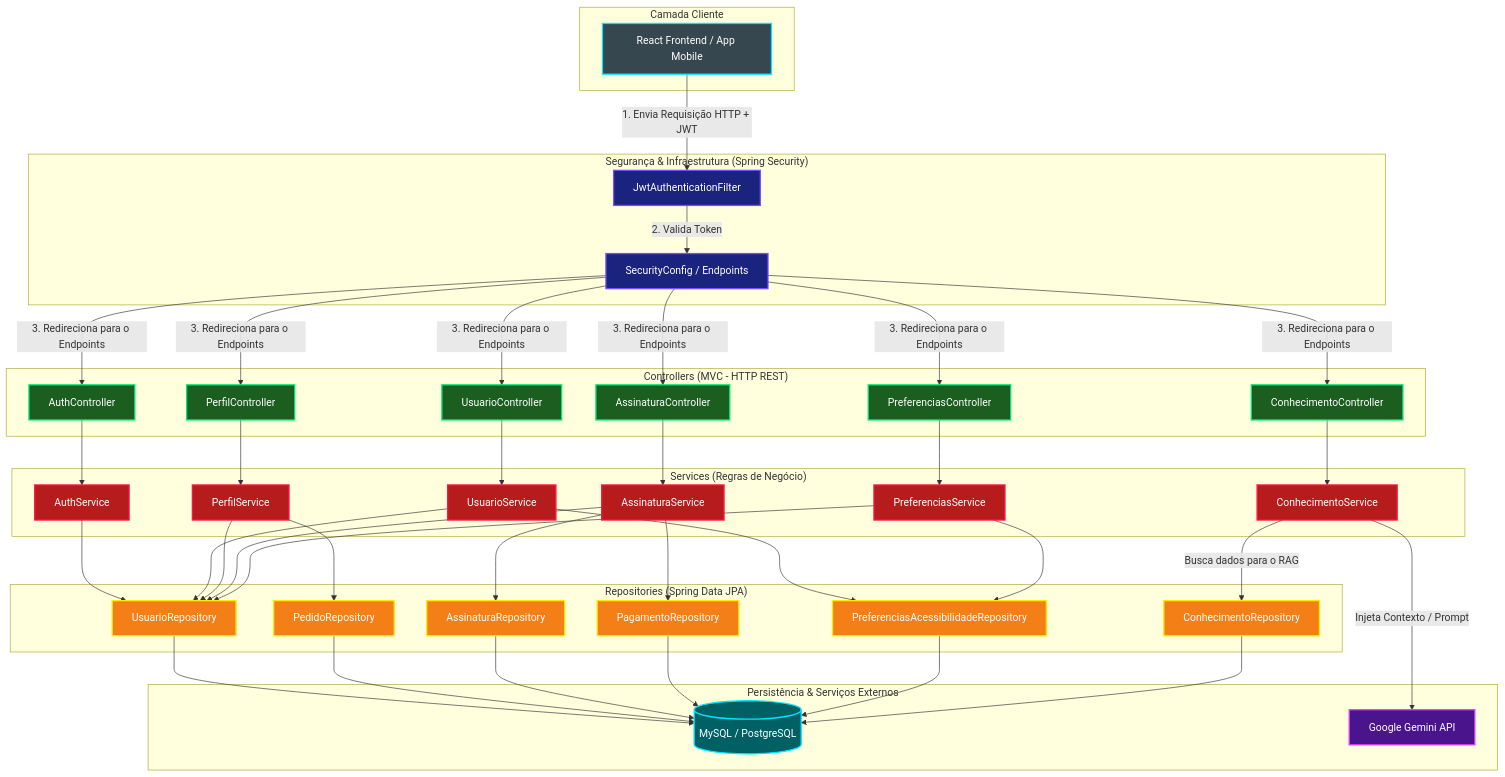
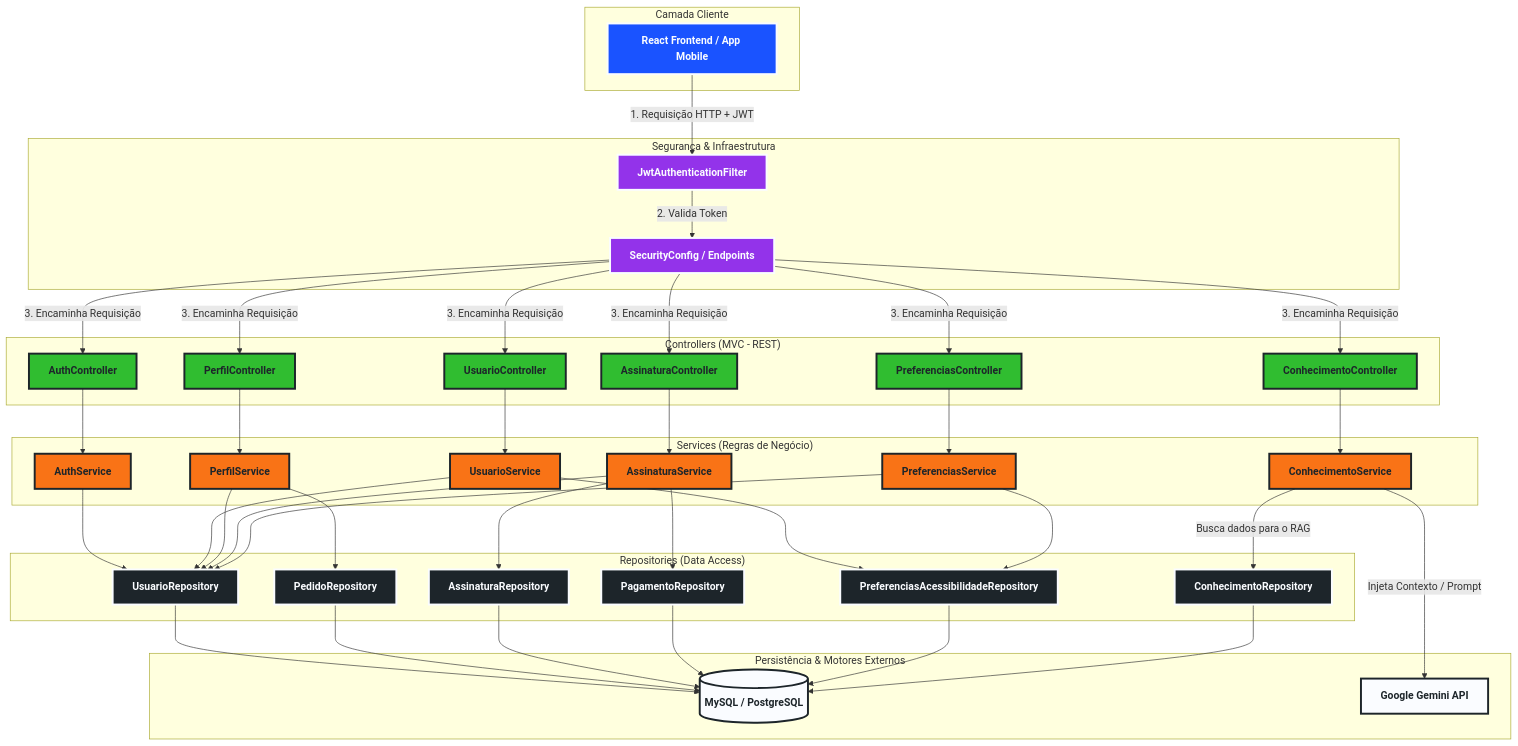
Before and after one commit to SOPRO-equipe1/back-sopro: the diagram in README.md, drawn with Mermaid.

Commit message:
Refactor Mermaid diagram styles and structure

````diff
--- a/README.md
+++ b/README.md
@@ -33,67 +33,66 @@
 ```mermaid
 graph TD
-    %% Estilos Gerais com Cores Vibrantes (Estética do Contraste)
-    classDef client fill:#37474F,stroke:#00E5FF,stroke-width:2px,color:#fff;
-    classDef security fill:#1A237E,stroke:#7C4DFF,stroke-width:2px,color:#fff;
-    classDef controller fill:#1B5E20,stroke:#00E676,stroke-width:2px,color:#fff;
-    classDef service fill:#B71C1C,stroke:#FF1744,stroke-width:2px,color:#fff;
-    classDef repository fill:#F57F17,stroke:#FFEA00,stroke-width:2px,color:#fff;
-    classDef database fill:#006064,stroke:#00E5FF,stroke-width:2px,color:#fff;
-    classDef external fill:#4A148C,stroke:#E040FB,stroke-width:2px,color:#fff;
+    %% Definição de Estilos Avançados
+    classDef azul fill:#1A53FF,stroke:#FAFCFF,color:#FAFCFF,stroke-width:3px,font-weight:bold;
+    classDef roxo fill:#9333EA,stroke:#FAFCFF,color:#FAFCFF,stroke-width:3px,font-weight:bold;
+    classDef verde fill:#30BD30,stroke:#1D252A,color:#1D252A,stroke-width:3px,font-weight:bold;
+    classDef laranja fill:#F97316,stroke:#1D252A,color:#1D252A,stroke-width:3px,font-weight:bold;
+    classDef preto fill:#1D252A,stroke:#FAFCFF,color:#FAFCFF,stroke-width:3px,font-weight:bold;
+    classDef branco fill:#FAFCFF,stroke:#1D252A,color:#1D252A,stroke-width:3px,font-weight:bold;
 
-    %% Client Layer
-    subgraph Client_Layer ["Camada Cliente"]
-        A[React Frontend / App Mobile]:::client
+    %% Camada Cliente
+    subgraph Camada_Cliente ["Camada Cliente"]
+        A[React Frontend / App Mobile]:::azul
     end
 
-    %% Security & Infrastructure Layer
-    subgraph Inf_Layer ["Segurança & Infraestrutura (Spring Security)"]
-        B[JwtAuthenticationFilter]:::security
-        C[SecurityConfig / Endpoints]:::security
+    %% Segurança & Infraestrutura
+    subgraph Camada_Seguranca ["Segurança & Infraestrutura"]
+        B[JwtAuthenticationFilter]:::roxo
+        C[SecurityConfig / Endpoints]:::roxo
     end
 
-    %% Controller Layer (REST Endpoints)
-    subgraph Controller_Layer ["Controllers (MVC - HTTP REST)"]
-        D[AuthController]:::controller
-        E[UsuarioController]:::controller
-        F[PerfilController]:::controller
-        G[AssinaturaController]:::controller
-        H[PreferenciasController]:::controller
-        I[ConhecimentoController]:::controller
+    %% Controllers
+    subgraph Camada_Controllers ["Controllers (MVC - REST)"]
+        D[AuthController]:::verde
+        E[UsuarioController]:::verde
+        F[PerfilController]:::verde
+        G[AssinaturaController]:::verde
+        H[PreferenciasController]:::verde
+        I[ConhecimentoController]:::verde
     end
 
-    %% Service Layer (Business Logic)
-    subgraph Service_Layer ["Services (Regras de Negócio)"]
-        J[AuthService]:::service
-        K[UsuarioService]:::service
-        L[PerfilService]:::service
-        M[AssinaturaService]:::service
-        N[PreferenciasService]:::service
-        O[ConhecimentoService]:::service
+    %% Services
+    subgraph Camada_Services ["Services (Regras de Negócio)"]
+        J[AuthService]:::laranja
+        K[UsuarioService]:::laranja
+        L[PerfilService]:::laranja
+        M[AssinaturaService]:::laranja
+        N[PreferenciasService]:::laranja
+        O[ConhecimentoService]:::laranja
     end
 
-    %% Repository Layer (Data Access)
-    subgraph Repository_Layer ["Repositories (Spring Data JPA)"]
-        P[UsuarioRepository]:::repository
-        Q[PedidoRepository]:::repository
-        R[AssinaturaRepository]:::repository
-        S[PagamentoRepository]:::repository
-        T[PreferenciasAcessibilidadeRepository]:::repository
-        U[ConhecimentoRepository]:::repository
+    %% Repositories
+    subgraph Camada_Repositories ["Repositories (Data Access)"]
+        P[UsuarioRepository]:::preto
+        Q[PedidoRepository]:::preto
+        R[AssinaturaRepository]:::preto
+        S[PagamentoRepository]:::preto
+        T[PreferenciasAcessibilidadeRepository]:::preto
+        U[ConhecimentoRepository]:::preto
     end
 
-    %% Database & External Engines
-    subgraph Storage_Layer ["Persistência & Serviços Externos"]
-        V[(MySQL / PostgreSQL)]:::database
-        W[Google Gemini API]:::external
+    %% Persistência & Motores Externos
+    subgraph Camada_Externos ["Persistência & Motores Externos"]
+        V[(MySQL / PostgreSQL)]:::branco
+        W[Google Gemini API]:::branco
     end
 
     %% Fluxo de Conexões e Requisições
-    A -->|1. Envia Requisição HTTP + JWT| B
+    A -->|1. Requisição HTTP + JWT| B
     B -->|2. Valida Token| C
-    C -->|3. Redireciona para o Endpoints| D & E & F & G & H & I
+    C -->|3. Encaminha Requisição| D & E & F & G & H & I
     
-    %% Vinculação Controller -> Service
+    %% Controller -> Service
     D --> J
     E --> K
     F --> L
@@ -101,7 +100,7 @@
     H --> N
     I --> O
 
-    %% Vinculação Service -> Repository / External
+    %% Service -> Repository / API
     J --> P
     K --> P & T
     L --> P & Q
@@ -110,7 +109,6 @@
     O -->|Busca dados para o RAG| U
     O -->|Injeta Contexto / Prompt| W
 
-    %% Vinculação Repository -> Database
+    %% Repository -> Banco de Dados
     P & Q & R & S & T & U --> V
-
 ```
````
